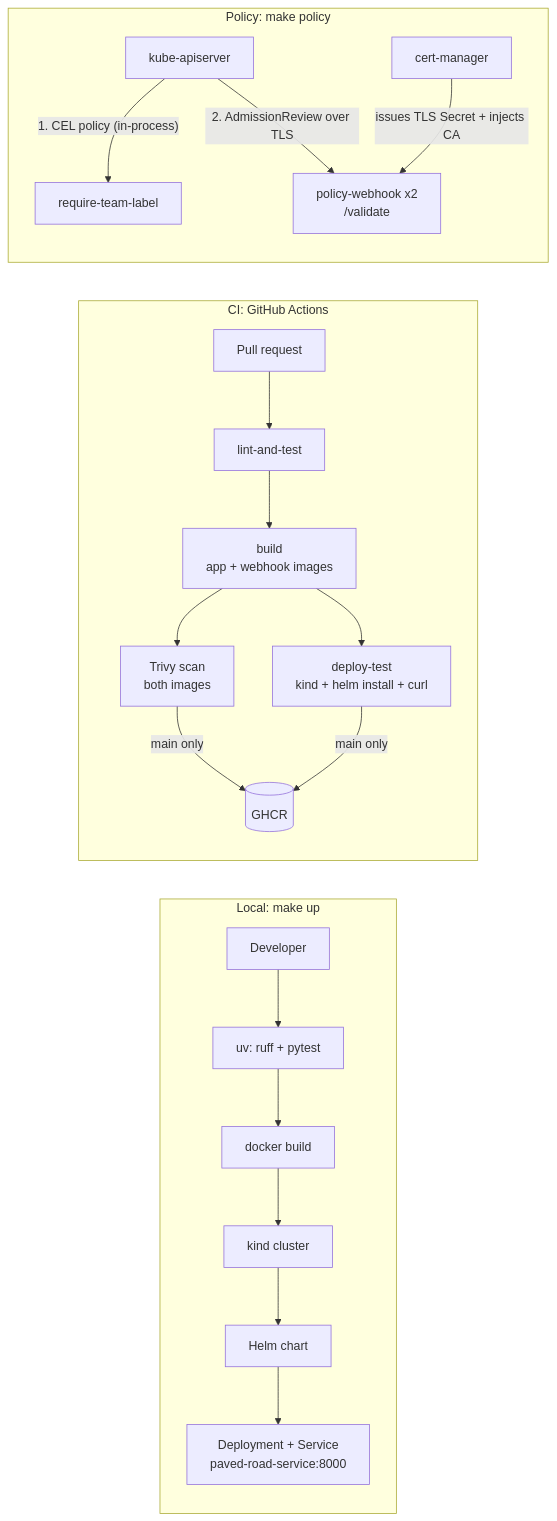
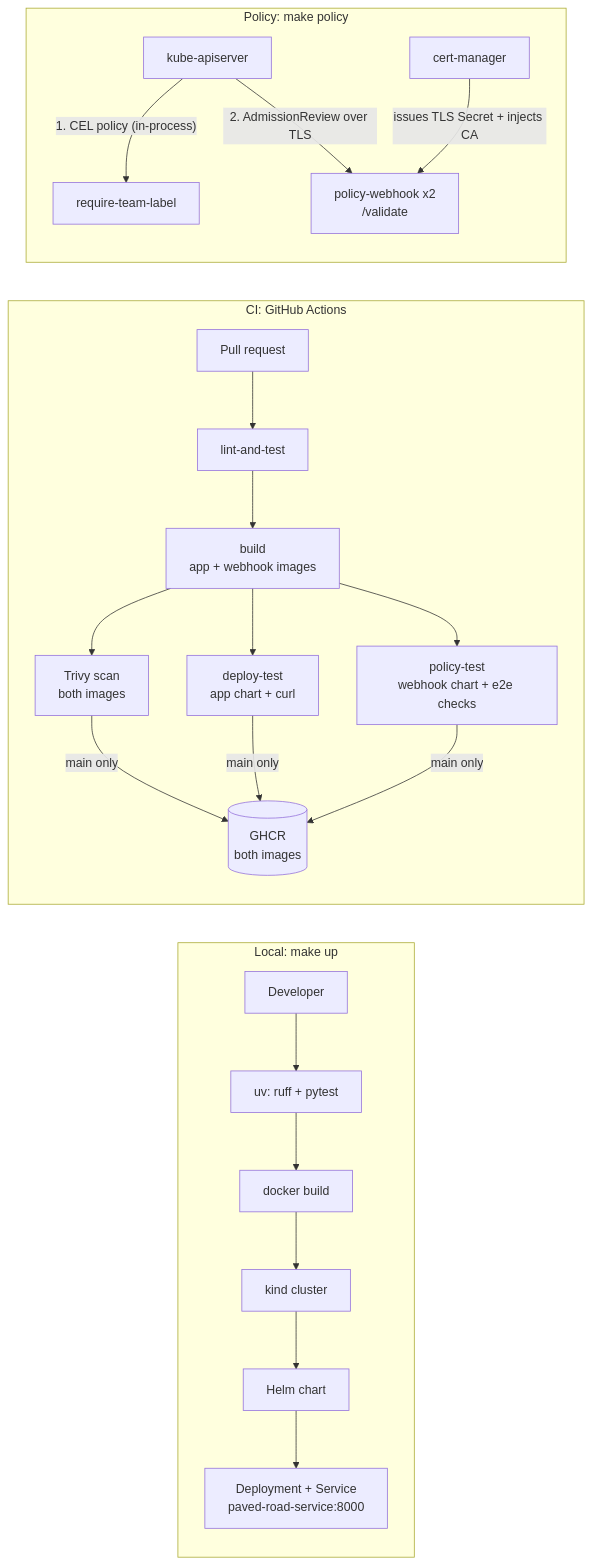
The diagram in README.md (Shirojoufu/Service-Template), drawn with Mermaid before and after one commit. The commit also changed other lines of this file and 20 other files, not shown here.

First line of the commit message:
Package the policy webhook as a Helm chart and test it in CI (#14)

````diff
--- a/README.md
+++ b/README.md
@@ -116,25 +132,27 @@
 ```mermaid
 flowchart LR
     subgraph local["Local: make up"]
         dev[Developer] --> test["uv: ruff + pytest"]
         test --> build[docker build]
         build --> kind[kind cluster]
         kind --> helm[Helm chart]
         helm --> pod["Deployment + Service<br/>paved-road-service:8000"]
     end
 
     subgraph ci["CI: GitHub Actions"]
         pr[Pull request] --> lt[lint-and-test]
         lt --> cb["build<br/>app + webhook images"]
         cb --> scan["Trivy scan<br/>both images"]
-        cb --> dt["deploy-test<br/>kind + helm install + curl"]
-        scan -->|main only| ghcr[(GHCR)]
+        cb --> dt["deploy-test<br/>app chart + curl"]
+        cb --> pt["policy-test<br/>webhook chart + e2e checks"]
+        scan -->|main only| ghcr[("GHCR<br/>both images")]
         dt -->|main only| ghcr
+        pt -->|main only| ghcr
     end
 
     subgraph policy["Policy: make policy"]
         api[kube-apiserver] -->|"1. CEL policy (in-process)"| cel[require-team-label]
         api -->|"2. AdmissionReview over TLS"| wh["policy-webhook x2<br/>/validate"]
         cm[cert-manager] -->|issues TLS Secret + injects CA| wh
     end
 ```
````
